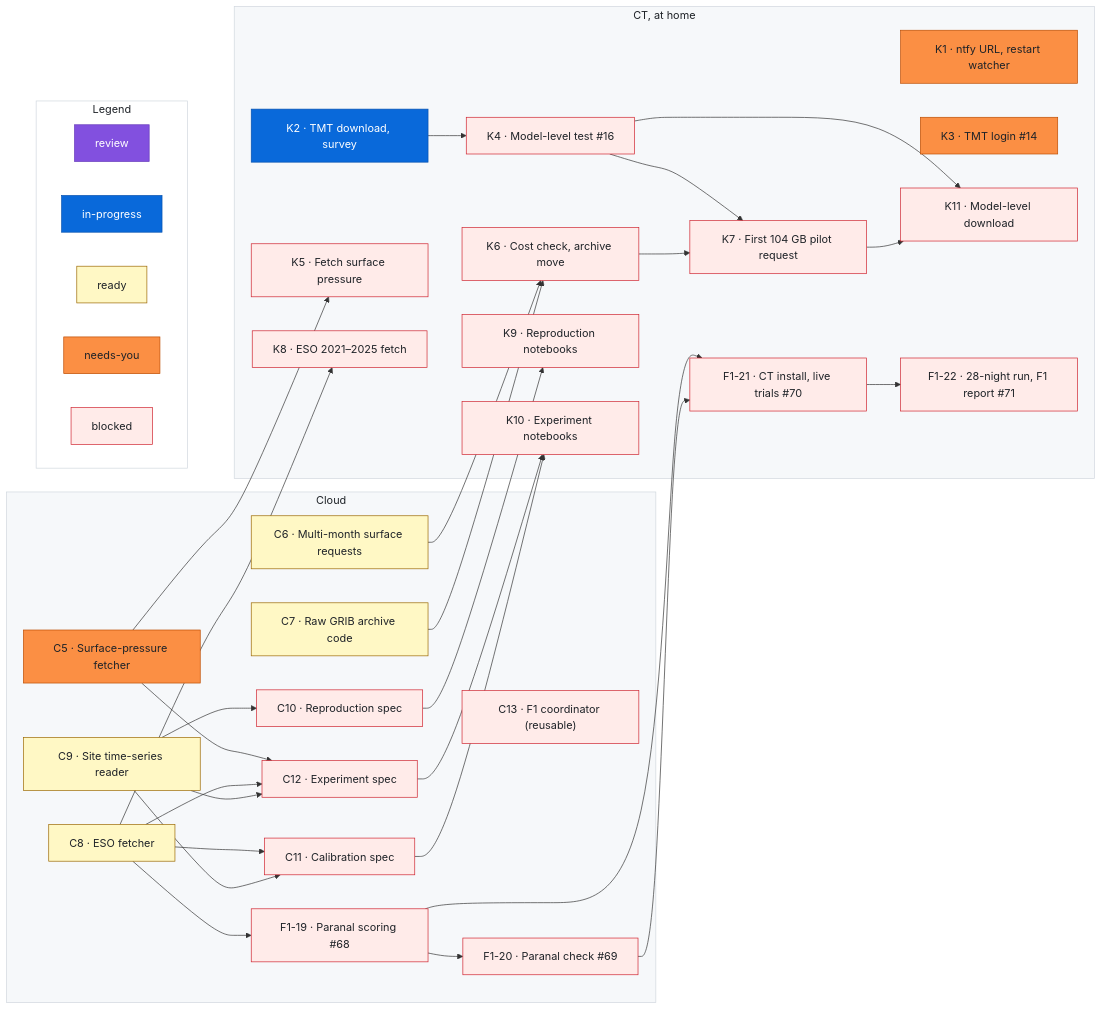
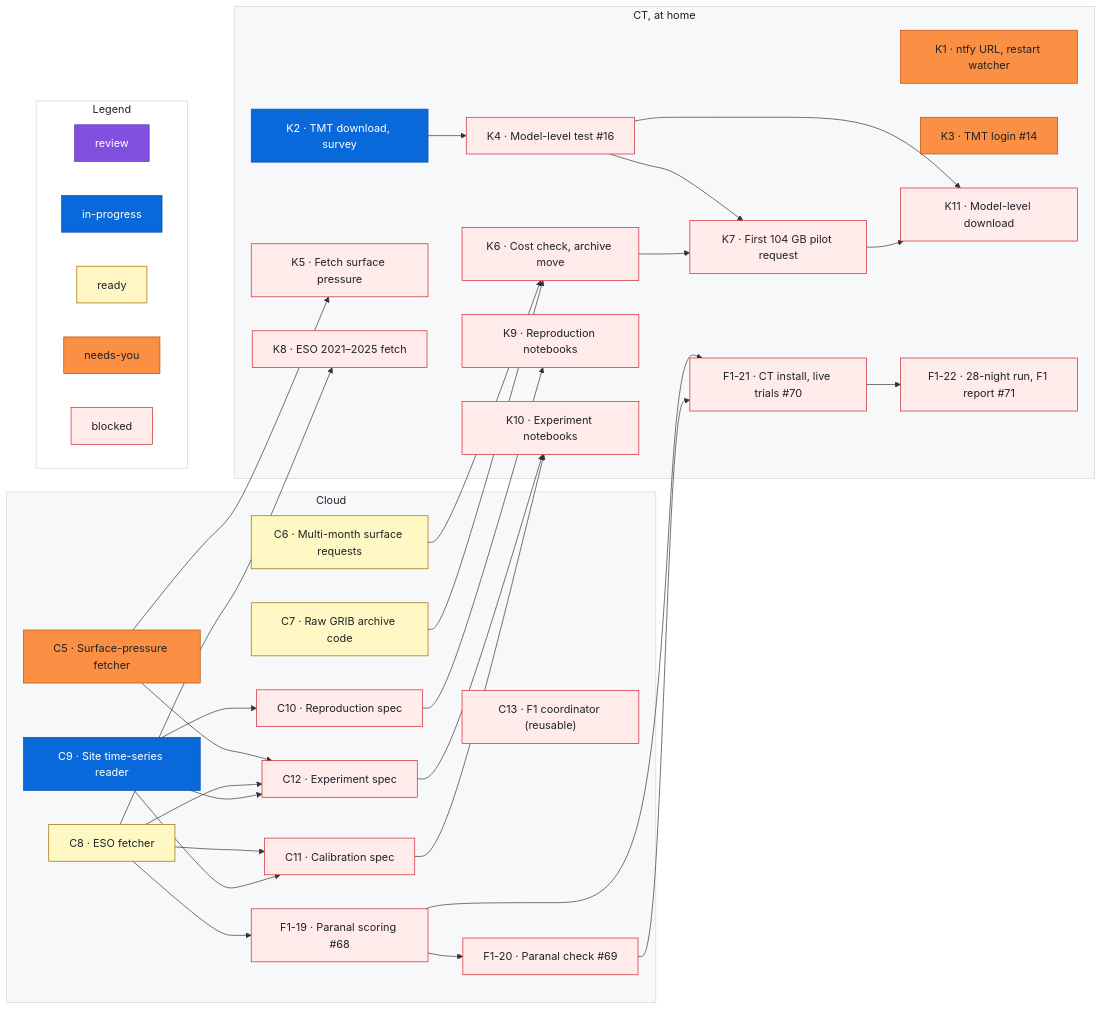
The diagram in docs/roadmap.md (rrweller/Astro-seeing), drawn with Mermaid before and after one commit. The commit also changed other lines of this file, not shown here.

Commit message:
roadmap: C9 ready → in-progress
Claude-Session: https://claude.ai/code/session_01ECS9raEbMF88JmjZku4M7c

```diff
--- a/docs/roadmap.md
+++ b/docs/roadmap.md
@@ -146,7 +146,7 @@
   %% ---
   class C8 ready
   %% ---
-  class C9 ready
+  class C9 inprogress
   %% ---
   class C10 blocked
   %% ---
```
